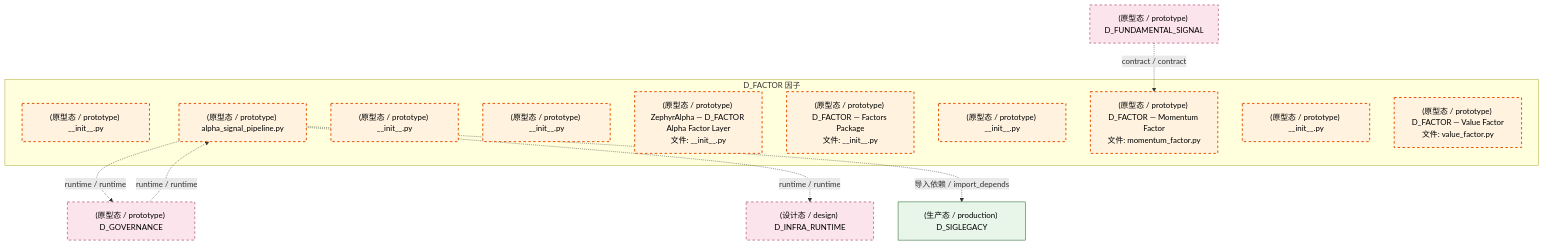
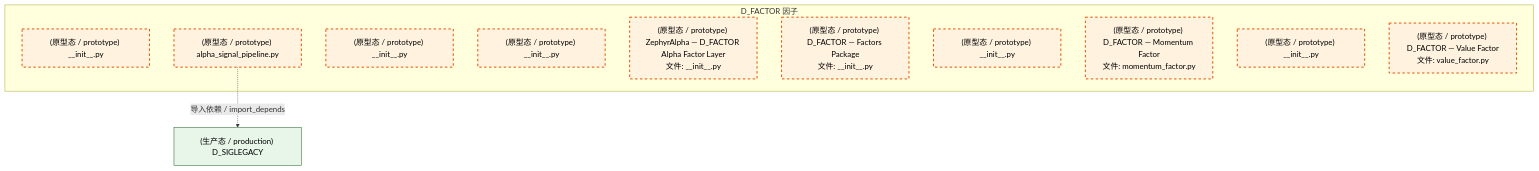
Before and after one commit to xuanFelixVan/ZephyrAlpha: the third of 4 diagrams in docs/02_enterprise_architecture/02_domain_architecture_docs/36_d_factor.md, drawn with Mermaid. The commit also changed other lines of this file and 124 other files, not shown here.

````diff
--- a/docs/02_enterprise_architecture/02_domain_architecture_docs/36_d_factor.md
+++ b/docs/02_enterprise_architecture/02_domain_architecture_docs/36_d_factor.md
@@ -157,31 +151,23 @@
 ```mermaid
 graph TD
     subgraph D_FACTOR["D_FACTOR 因子"]
         src_zephyr_factor_extensions_init_py["(原型态 / prototype) __init__.py"]
         src_zephyr_factor_alpha_signal_pipeline_py["(原型态 / prototype) alpha_signal_pipeline.py"]
         src_zephyr_factor_api_init_py["(原型态 / prototype) __init__.py"]
         src_zephyr_factor_core_init_py["(原型态 / prototype) __init__.py"]
         src_zephyr_factor_ctr_001_consumer_init_py["(原型态 / prototype) ZephyrAlpha — D_FACTOR Alpha Factor Layer<br/>文件: __init__.py"]
         src_zephyr_factor_engine_init_py["(原型态 / prototype) D_FACTOR — Factors Package<br/>文件: __init__.py"]
         src_zephyr_factor_infrastructure_init_py["(原型态 / prototype) __init__.py"]
         src_zephyr_factor_momentum_factor_py["(原型态 / prototype) D_FACTOR — Momentum Factor<br/>文件: momentum_factor.py"]
         src_zephyr_factor_services_init_py["(原型态 / prototype) __init__.py"]
         src_zephyr_factor_value_factor_py["(原型态 / prototype) D_FACTOR — Value Factor<br/>文件: value_factor.py"]
     end
-    D_GOVERNANCE["(原型态 / prototype) D_GOVERNANCE"]
-    src_zephyr_factor_alpha_signal_pipeline_py -.->|runtime / runtime| D_GOVERNANCE
-    D_INFRA_RUNTIME["(设计态 / design) D_INFRA_RUNTIME"]
-    src_zephyr_factor_alpha_signal_pipeline_py -.->|runtime / runtime| D_INFRA_RUNTIME
     D_SIGLEGACY["(生产态 / production) D_SIGLEGACY"]
     src_zephyr_factor_alpha_signal_pipeline_py -.->|导入依赖 / import_depends| D_SIGLEGACY
-    D_GOVERNANCE -.->|runtime / runtime| src_zephyr_factor_alpha_signal_pipeline_py
-    D_FUNDAMENTAL_SIGNAL["(原型态 / prototype) D_FUNDAMENTAL_SIGNAL"]
-    D_FUNDAMENTAL_SIGNAL -.->|contract / contract| src_zephyr_factor_momentum_factor_py
     classDef production fill:#e1f5fe,stroke:#01579b,stroke-width:2px,color:#000
     classDef design fill:#fff3e0,stroke:#e65100,stroke-width:2px,color:#000,stroke-dasharray: 5 5
     classDef external_prod fill:#e8f5e9,stroke:#1b5e20,stroke-width:1px,color:#000
     classDef external_design fill:#fce4ec,stroke:#880e4f,stroke-width:1px,color:#000,stroke-dasharray: 5 5
     class src_zephyr_factor_extensions_init_py,src_zephyr_factor_alpha_signal_pipeline_py,src_zephyr_factor_api_init_py,src_zephyr_factor_core_init_py,src_zephyr_factor_ctr_001_consumer_init_py,src_zephyr_factor_engine_init_py,src_zephyr_factor_infrastructure_init_py,src_zephyr_factor_momentum_factor_py,src_zephyr_factor_services_init_py,src_zephyr_factor_value_factor_py design
     class D_SIGLEGACY external_prod
-    class D_GOVERNANCE,D_INFRA_RUNTIME,D_FUNDAMENTAL_SIGNAL external_design
 ```
````
